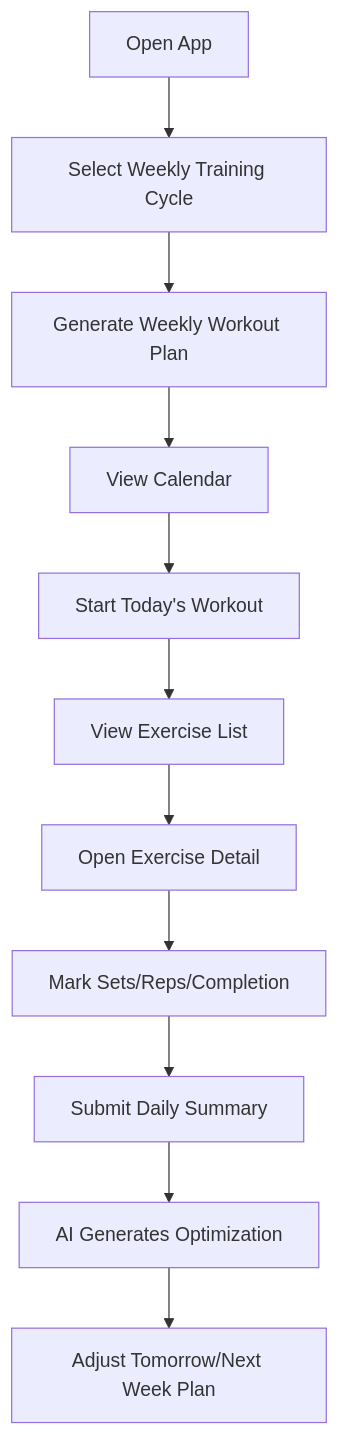
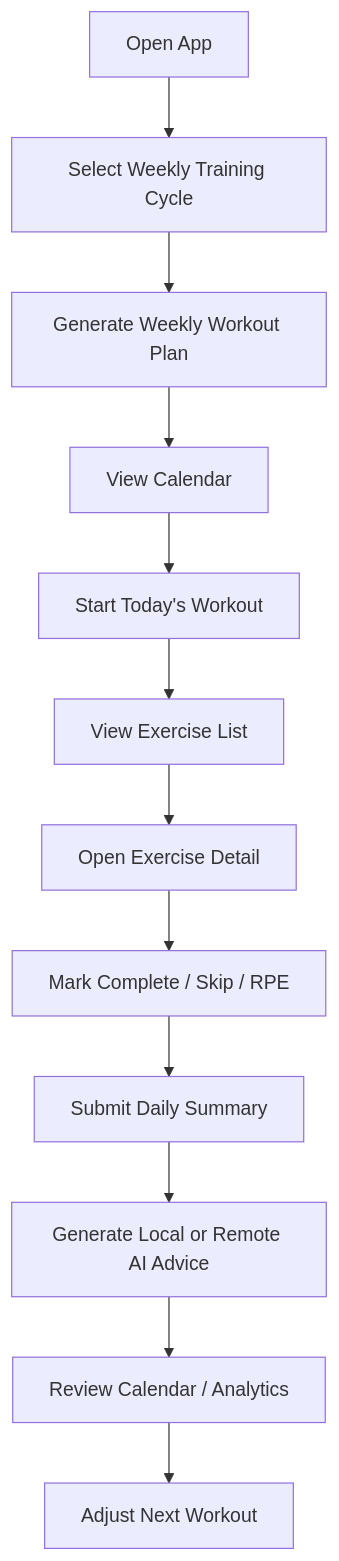
The diagram in spec/MVP_SPEC.md (qinze889/fitness-ai-app), drawn with Mermaid before and after one commit. The commit also changed other lines of this file, not shown here.

Commit message:
docs: clarify MVP scope for local-first AI configuration

````diff
--- a/spec/MVP_SPEC.md
+++ b/spec/MVP_SPEC.md
@@ -40,13 +43,14 @@
 ```mermaid
 flowchart TD
     A[Open App] --> B[Select Weekly Training Cycle]
     B --> C[Generate Weekly Workout Plan]
     C --> D[View Calendar]
     D --> E[Start Today's Workout]
     E --> F[View Exercise List]
     F --> G[Open Exercise Detail]
-    G --> H[Mark Sets/Reps/Completion]
+    G --> H[Mark Complete / Skip / RPE]
     H --> I[Submit Daily Summary]
-    I --> J[AI Generates Optimization]
-    J --> K[Adjust Tomorrow/Next Week Plan]
+    I --> J[Generate Local or Remote AI Advice]
+    J --> K[Review Calendar / Analytics]
+    K --> L[Adjust Next Workout]
 ```
````
